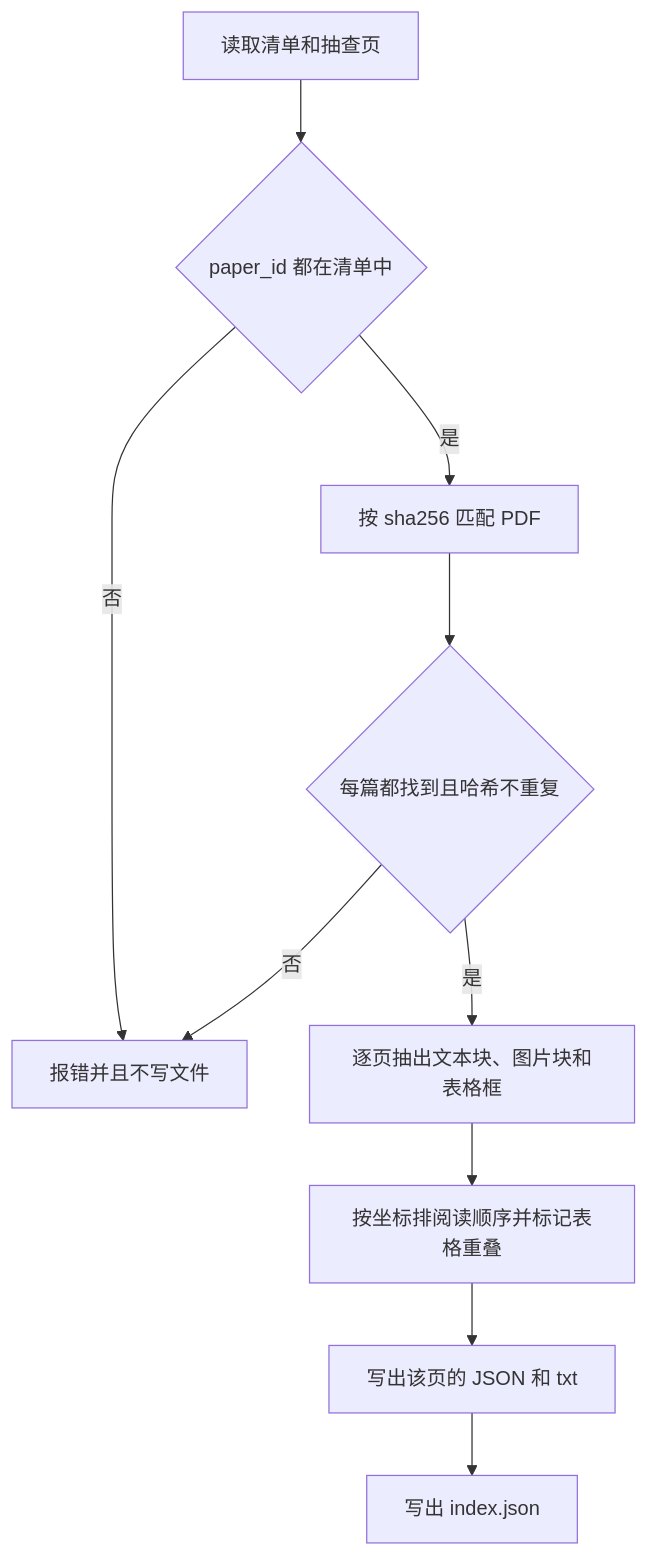
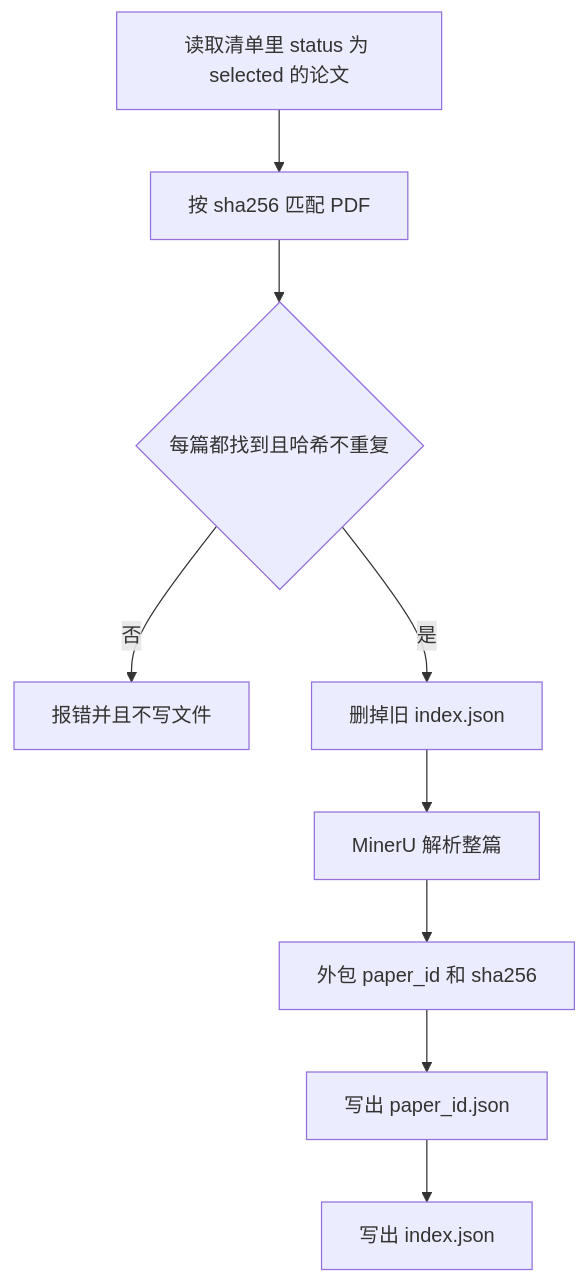
The first of 2 diagrams in docs/PARSING.md (Liang-Jiaxuan/paper-trail), drawn with Mermaid before and after one commit. The commit also changed other lines of this file and 12 other files, not shown here.

Commit message:
refactor: export mineru middle json per paper and drop pymupdf path

````diff
--- a/docs/PARSING.md
+++ b/docs/PARSING.md
@@ -30,12 +22,11 @@
 ```mermaid
 flowchart TD
-  start[读取清单和抽查页] --> ids{paper_id 都在清单中}
-  ids -->|否| err[报错并且不写文件]
-  ids -->|是| match[按 sha256 匹配 PDF]
+  start[读取清单里 status 为 selected 的论文] --> match[按 sha256 匹配 PDF]
   match --> files{每篇都找到且哈希不重复}
-  files -->|否| err
-  files -->|是| extract[逐页抽出文本块、图片块和表格框]
-  extract --> order[按坐标排阅读顺序并标记表格重叠]
-  order --> page[写出该页的 JSON 和 txt]
-  page --> index[写出 index.json]
+  files -->|否| err[报错并且不写文件]
+  files -->|是| drop[删掉旧 index.json]
+  drop --> parse[MinerU 解析整篇]
+  parse --> wrap[外包 paper_id 和 sha256]
+  wrap --> paper[写出 paper_id.json]
+  paper --> index[写出 index.json]
 ```
````
